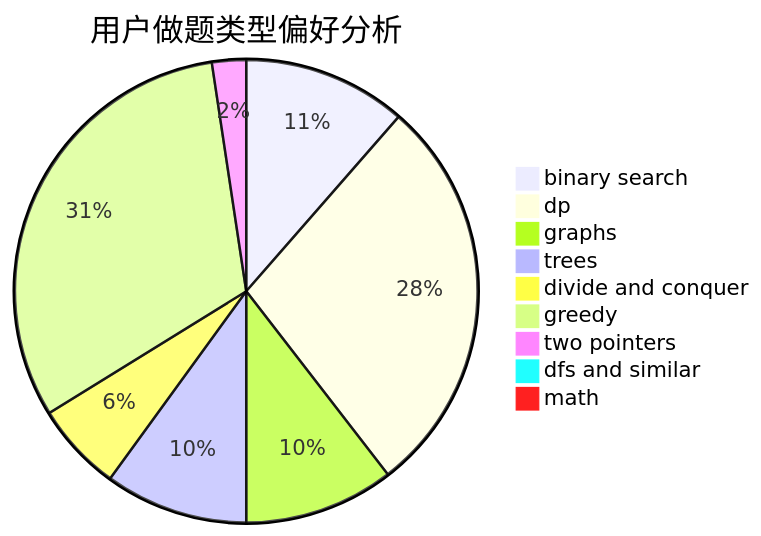
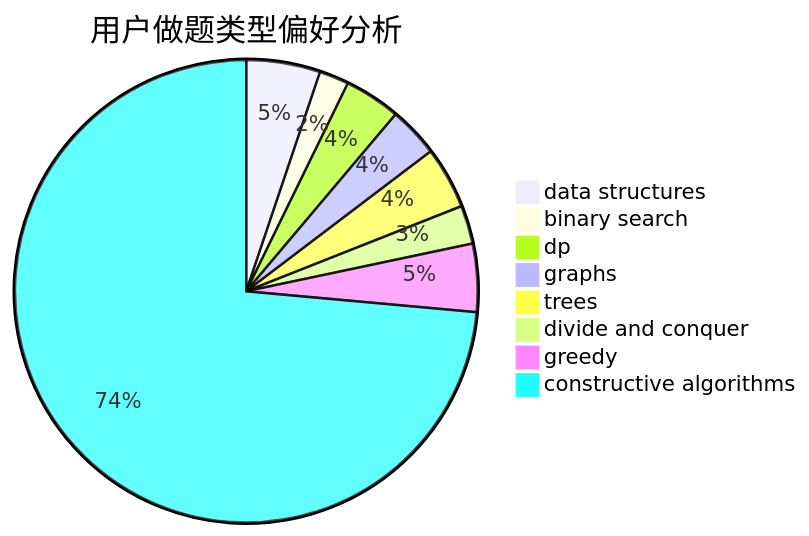
Before and after one commit to sherpahu/cfrs.github.io: the second of 3 diagrams in docs/user/u2035.md, drawn with Mermaid. The commit also changed other lines of this file and 2775 other files, not shown here.

````diff
--- a/docs/user/u2035.md
+++ b/docs/user/u2035.md
@@ -23,12 +23,11 @@
 ```mermaid
 pie title 用户做题类型偏好分析
-    "binary search" :  24
-    "dp" :  59
-    "graphs" :  22
+    "data structures" :  25
+    "binary search" :  10
+    "dp" :  19
+    "graphs" :  17
     "trees" :  21
     "divide and conquer" :  13
-    "greedy" :  66
-    "two pointers" :  5
-    "dfs and similar" :  2
-    "math" :  2
+    "greedy" :  23
+    "constructive algorithms" :  356
 ```
````
